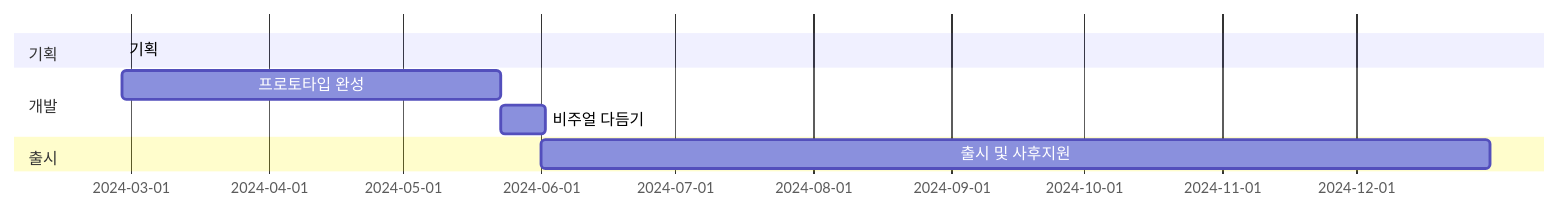
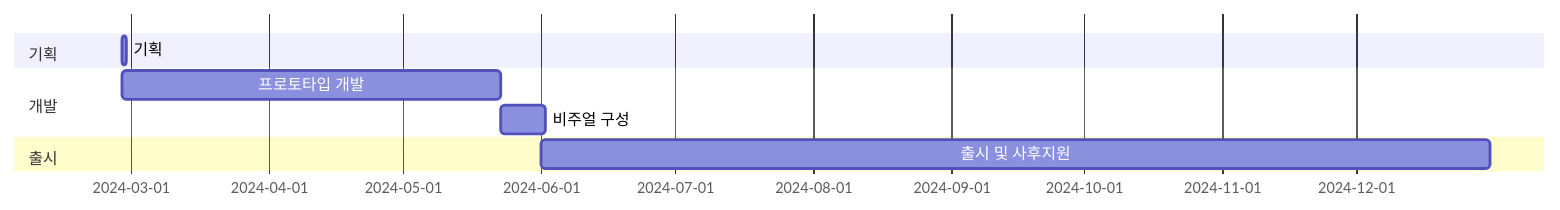
One commit to hynrang/hynrang.github.io changed the third of 3 diagrams in _posts/프로그래밍/마일스톤/2024-03-22-armonia-planning.md. Above: the diagram before and after it, drawn with Mermaid. The commit also changed other lines of this file and 1 other file, not shown here.

````diff
--- a/_posts/프로그래밍/마일스톤/2024-03-22-armonia-planning.md
+++ b/_posts/프로그래밍/마일스톤/2024-03-22-armonia-planning.md
@@ -118,12 +118,14 @@
 ```mermaid
 gantt
     Section 기획
-    기획 :a1, 2024-02-28, 0d
+    기획 :a1, 2024-02-28, 1d
 
     Section 개발
-    프로토타입 완성 :a2, 2024-02-28, 85d
-    비주얼 다듬기: a3, 2024-05-23, 10d
+    프로토타입 개발 :a2, 2024-02-28, 85d
+    비주얼 구성: a3, 2024-05-23, 10d
 
     Section 출시
     출시 및 사후지원 :a4, 2024-06-01, 213d
+
+    %% a2["프로토타입 완성"] : 초기 버전의 프로토타입을 개발하여 기능을 확인하고 테스트합니다.
 ```
````
